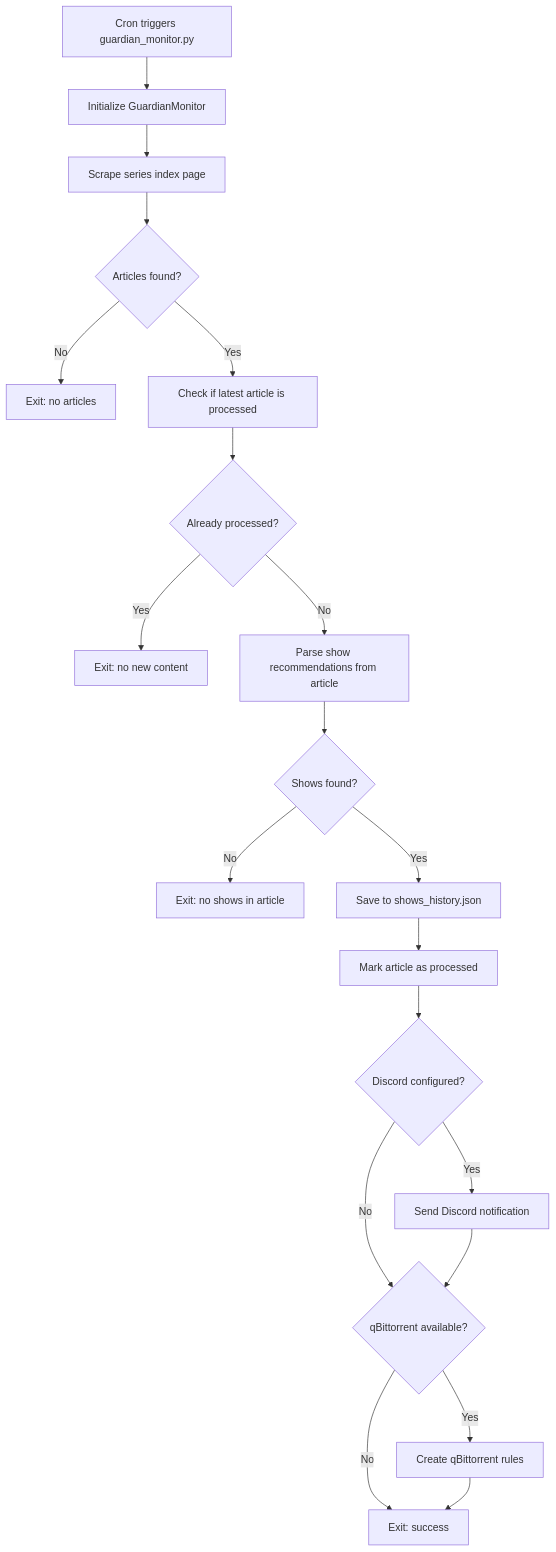
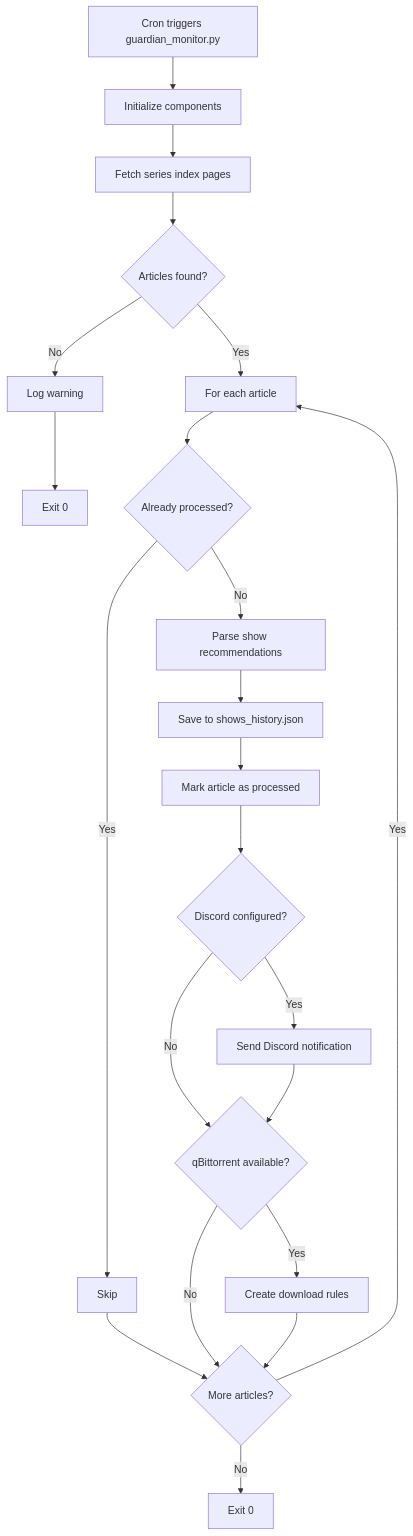
Before and after one commit to frankenwino/guardian-seven-best-shows-monitor: the first of 4 diagrams in .agents/summary/workflows.md, drawn with Mermaid. The commit also changed other lines of this file and 12 other files, not shown here.

````diff
--- a/.agents/summary/workflows.md
+++ b/.agents/summary/workflows.md
@@ -7,22 +7,22 @@
 ```mermaid
 flowchart TD
-    START[Cron triggers guardian_monitor.py] --> INIT[Initialize GuardianMonitor]
-    INIT --> SCRAPE[Scrape series index page]
-    SCRAPE --> ARTICLES{Articles found?}
-    ARTICLES -->|No| EXIT_NONE[Exit: no articles]
-    ARTICLES -->|Yes| CHECK[Check if latest article is processed]
-    CHECK --> PROCESSED{Already processed?}
-    PROCESSED -->|Yes| EXIT_DUP[Exit: no new content]
-    PROCESSED -->|No| PARSE[Parse show recommendations from article]
-    PARSE --> SHOWS{Shows found?}
-    SHOWS -->|No| EXIT_EMPTY[Exit: no shows in article]
-    SHOWS -->|Yes| SAVE[Save to shows_history.json]
+    START[Cron triggers guardian_monitor.py] --> INIT[Initialize components]
+    INIT --> FETCH[Fetch series index pages]
+    FETCH --> ARTICLES{Articles found?}
+    ARTICLES -->|No| WARN[Log warning] --> END_EMPTY[Exit 0]
+    ARTICLES -->|Yes| LOOP[For each article]
+    LOOP --> CHECK{Already processed?}
+    CHECK -->|Yes| SKIP[Skip] --> NEXT{More articles?}
+    CHECK -->|No| PARSE[Parse show recommendations]
+    PARSE --> SAVE[Save to shows_history.json]
     SAVE --> MARK[Mark article as processed]
     MARK --> DISCORD{Discord configured?}
     DISCORD -->|Yes| NOTIFY[Send Discord notification]
-    DISCORD -->|No| QBT_CHECK
-    NOTIFY --> QBT_CHECK{qBittorrent available?}
-    QBT_CHECK -->|Yes| RULES[Create qBittorrent rules]
-    QBT_CHECK -->|No| DONE[Exit: success]
-    RULES --> DONE
+    DISCORD -->|No| QBT
+    NOTIFY --> QBT{qBittorrent available?}
+    QBT -->|Yes| RULES[Create download rules]
+    QBT -->|No| NEXT
+    RULES --> NEXT
+    NEXT -->|Yes| LOOP
+    NEXT -->|No| END[Exit 0]
 ```
````
